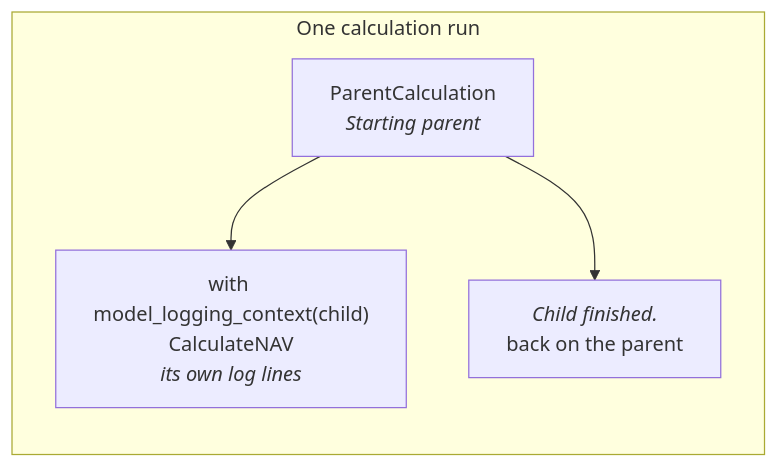
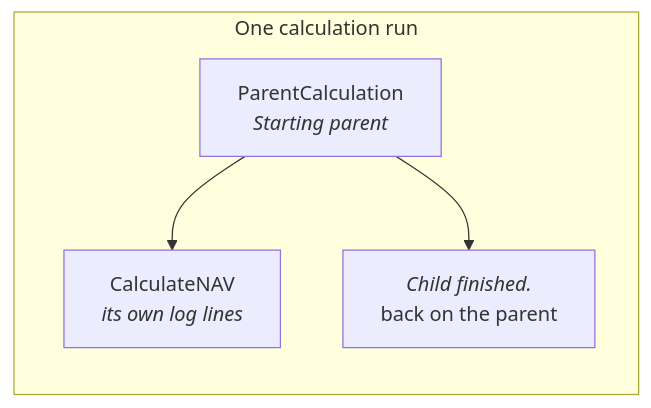
Before and after one commit to ExcellenceCloudGmbH/lex-app: the diagram in docs/calculations/logging.md, drawn with Mermaid. The commit also changed other lines of this file and 24 other files, not shown here.

````diff
--- a/docs/calculations/logging.md
+++ b/docs/calculations/logging.md
@@ -102,9 +109,9 @@
 ```mermaid
 flowchart TB
     subgraph run["One calculation run"]
         direction TB
         P["ParentCalculation<br/><i>Starting parent</i>"]
-        P --> C["with model_logging_context(child)<br/>CalculateNAV<br/><i>its own log lines</i>"]
+        P --> C["CalculateNAV<br/><i>its own log lines</i>"]
         P --> A["<i>Child finished.</i><br/>back on the parent"]
     end
 ```
````
